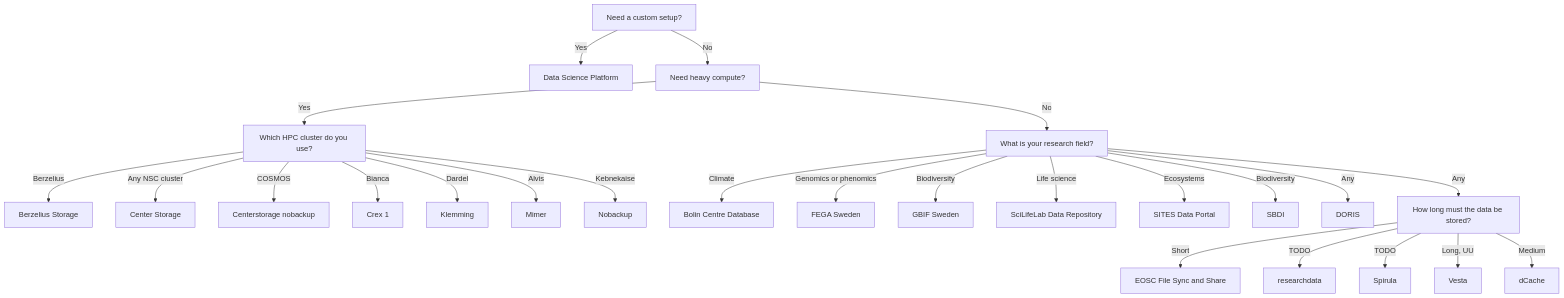
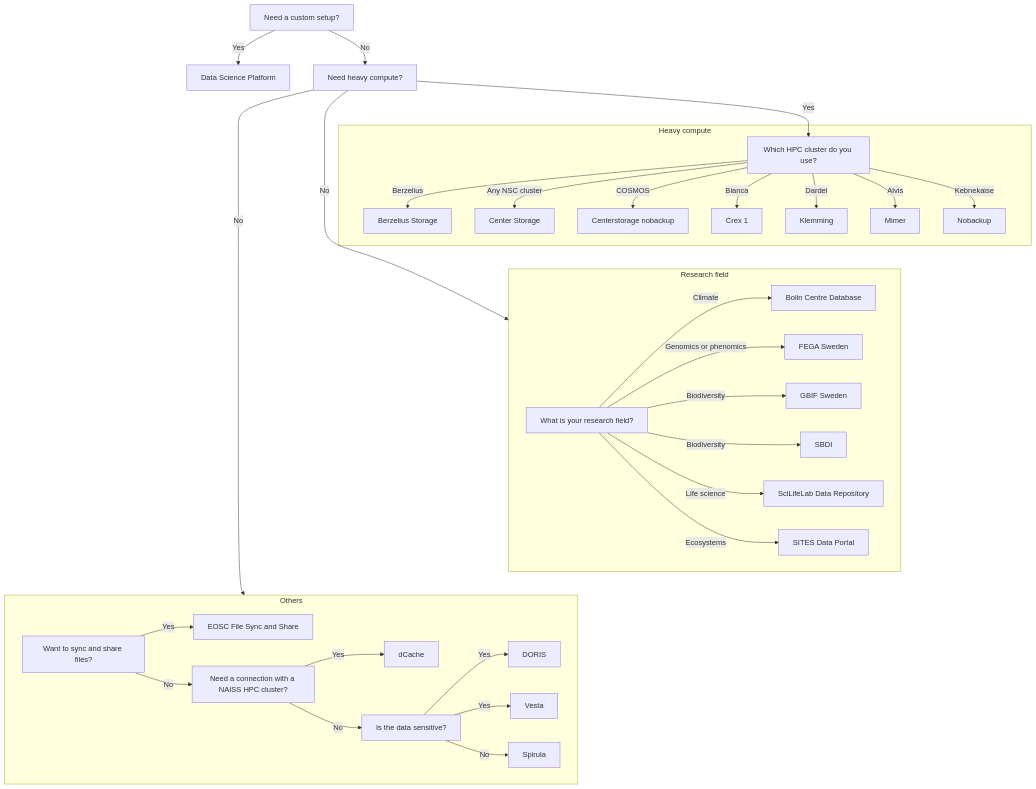
One commit to NBISweden/SCoRe_user_doc changed the diagram in docs/storage.md. Above: the diagram before and after it, drawn with Mermaid. The commit also changed 2 other files, not shown here.

Commit message:
Update content

````diff
--- a/docs/storage.md
+++ b/docs/storage.md
@@ -15,60 +13,81 @@
 ```mermaid
 flowchart TD
 
-  berzelius_storage[Berzelius Storage]
-  center_storage[Center Storage]
-  centerstorage_nobackup[Centerstorage nobackup]
-  crex_1[Crex 1]
+  question_custom_rs[Need a custom setup?]
+
   data_science_platform[Data Science Platform]
-  dcache[dCache]
-  eosc_file_sync_and_share[EOSC File Sync and Share]
-  klemming[Klemming]
-  mimer[Mimer]
-  nobackup[Nobackup]
-  spirula[Spirula]
-  vesta[Vesta]
-
-  bolin_centre_database[Bolin Centre Database]
-  fega_sweden[FEGA Sweden]
-  gbif_sweden[GBIF Sweden]
-  sll_data_repository[SciLifeLab Data Repository]
-  sites_data_portal[SITES Data Portal]
-  sbdi[SBDI]
-  doris[DORIS]
-
-  question_custom_rs[Need a custom setup?]
   question_custom_rs --> |Yes| data_science_platform
   question_custom_rs --> |No| question_heavy_compute
 
   question_heavy_compute[Need heavy compute?]
   question_heavy_compute --> |Yes| question_hpc_cluster
-  question_heavy_compute --> |No| question_research_field
+  question_heavy_compute --> |No| research_field
+  question_heavy_compute --> |No| others
 
-  question_hpc_cluster[Which HPC cluster do you use?]
-  question_hpc_cluster --> |Berzelius| berzelius_storage
-  question_hpc_cluster --> |Any NSC cluster| center_storage
-  question_hpc_cluster --> |COSMOS| centerstorage_nobackup
-  question_hpc_cluster --> |Bianca| crex_1
-  question_hpc_cluster --> |Dardel| klemming
-  question_hpc_cluster --> |Alvis| mimer
-  question_hpc_cluster --> |Kebnekaise| nobackup
+  subgraph heavy_compute["Heavy compute"]
 
-  question_research_field[What is your research field?]
-  question_research_field --> |Climate| bolin_centre_database
-  question_research_field --> |Genomics or phenomics| fega_sweden
-  question_research_field --> |Biodiversity| gbif_sweden
-  question_research_field --> |Biodiversity| sbdi
-  question_research_field --> |Life science| sll_data_repository
-  question_research_field --> |Ecosystems| sites_data_portal
-  question_research_field --> |Any| doris
+    berzelius_storage[Berzelius Storage]
+    center_storage[Center Storage]
+    centerstorage_nobackup[Centerstorage nobackup]
+    crex_1[Crex 1]
+    klemming[Klemming]
+    mimer[Mimer]
+    nobackup[Nobackup]
 
-  question_research_field --> |Any| question_storage_time
+    question_hpc_cluster[Which HPC cluster do you use?]
+    question_hpc_cluster --> |Berzelius| berzelius_storage
+    question_hpc_cluster --> |Any NSC cluster| center_storage
+    question_hpc_cluster --> |COSMOS| centerstorage_nobackup
+    question_hpc_cluster --> |Bianca| crex_1
+    question_hpc_cluster --> |Dardel| klemming
+    question_hpc_cluster --> |Alvis| mimer
+    question_hpc_cluster --> |Kebnekaise| nobackup
+  end
 
+  subgraph research_field["Research field"]
 
-  question_storage_time[How long must the data be stored?]
-  question_storage_time --> |Short| eosc_file_sync_and_share
-  question_storage_time --> |TODO| researchdata
-  question_storage_time --> |TODO| spirula
-  question_storage_time --> |Long, UU| vesta
-  question_storage_time --> |Medium| dcache
+    bolin_centre_database[Bolin Centre Database]
+    fega_sweden[FEGA Sweden]
+    gbif_sweden[GBIF Sweden]
+    sll_data_repository[SciLifeLab Data Repository]
+    sites_data_portal[SITES Data Portal]
+    sbdi[SBDI]
+
+    question_research_field[What is your research field?]
+
+    question_research_field --> |Climate| bolin_centre_database
+    question_research_field --> |Genomics or phenomics| fega_sweden
+    question_research_field --> |Biodiversity| gbif_sweden
+    question_research_field --> |Biodiversity| sbdi
+    question_research_field --> |Life science| sll_data_repository
+    question_research_field --> |Ecosystems| sites_data_portal
+  end
+
+  subgraph others["Others"]
+
+    eosc_file_sync_and_share[EOSC File Sync and Share]
+    dcache[dCache]
+    spirula[Spirula]
+    doris[DORIS]
+    vesta[Vesta]
+
+    question_sync_and_share["Want to sync and share files?"]
+    question_sync_and_share --> |Yes| eosc_file_sync_and_share
+    question_sync_and_share --> |No| question_connect_naiss
+
+    question_connect_naiss["Need a connection with a NAISS HPC cluster?"]
+    question_connect_naiss --> |Yes| dcache
+    question_connect_naiss --> |No| question_data_sensitivity
+
+    question_data_sensitivity["Is the data sensitive?"]
+    question_data_sensitivity --> |Yes| doris
+    question_data_sensitivity --> |Yes| vesta
+    question_data_sensitivity --> |No| spirula
+
+  end
+
+  heavy_compute ~~~ research_field
+  question_hpc_cluster ~~~ research_field
+  heavy_compute ~~~ others
+  research_field ~~~ others
 ```
````
